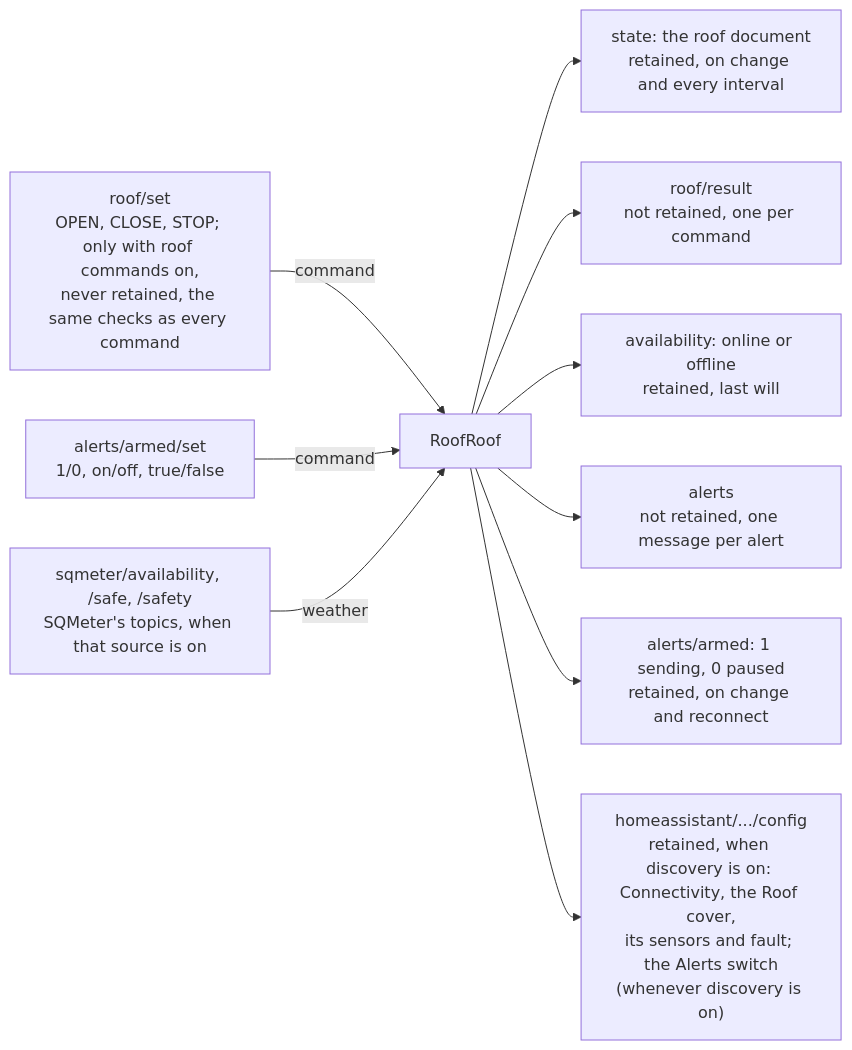
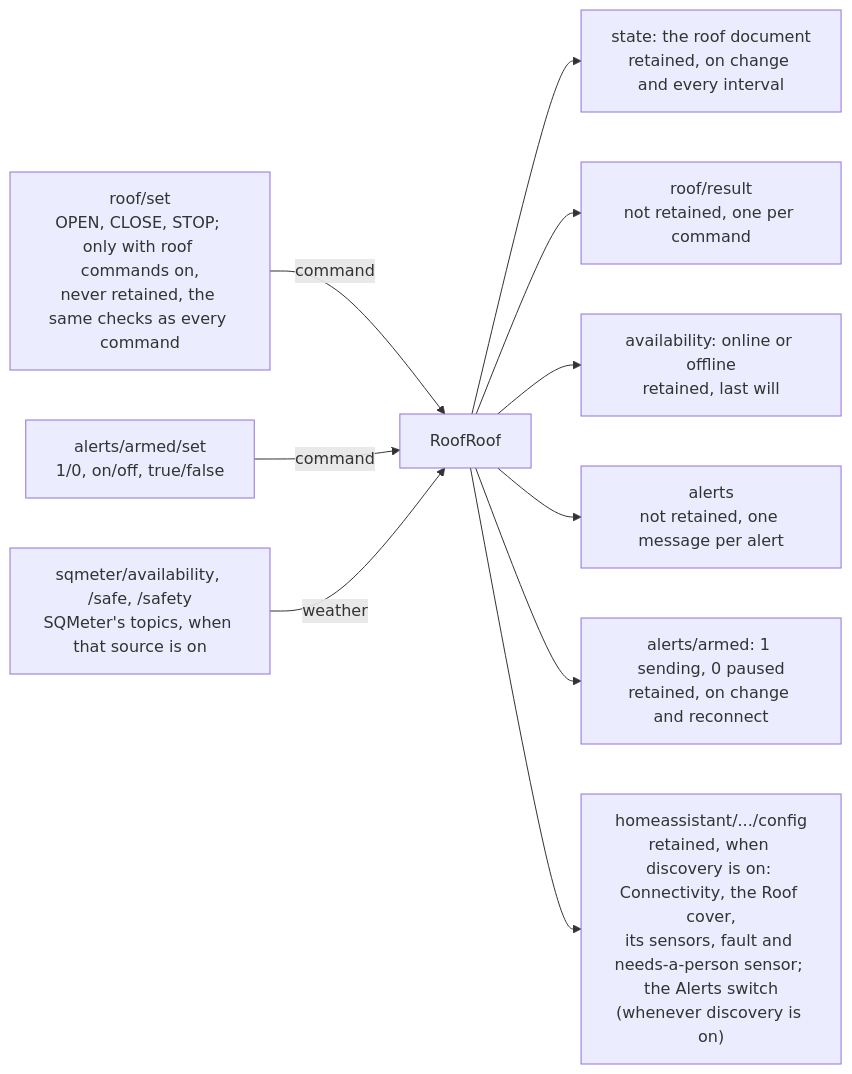
Before and after one commit to DeanJ87/RoofRoof: the diagram in docs/user-guide/mqtt.md, drawn with Mermaid. The commit also changed other lines of this file and 15 other files, not shown here.

Commit message:
030: docs: weather hold, closes without a known position, needs_person, alerts through outages, reasons as words; diagrams re-confirmed

````diff
--- a/docs/user-guide/mqtt.md
+++ b/docs/user-guide/mqtt.md
@@ -148,14 +150,14 @@
 ```mermaid
 flowchart LR
     accTitle: MQTT topic map
     accDescr: RoofRoof listens on roof/set (only with roof commands on, never retained, through the same checks as every command), alerts/armed/set and, when SQMeter over MQTT is a weather source, SQMeter's availability, safe and safety topics; it publishes state, roof/result, availability, alerts and alerts/armed under its base topic, plus Home Assistant discovery under the discovery prefix.
     ROOFSET["roof/set<br/>OPEN, CLOSE, STOP; only with roof commands on,<br/>never retained, the same checks as every command"] -->|command| D["RoofRoof"]
     SET["alerts/armed/set<br/>1/0, on/off, true/false"] -->|command| D
     SQM["sqmeter/availability, /safe, /safety<br/>SQMeter's topics, when that source is on"] -->|weather| D
     D --> STATE["state: the roof document<br/>retained, on change and every interval"]
     D --> RESULT["roof/result<br/>not retained, one per command"]
     D --> AVAIL["availability: online or offline<br/>retained, last will"]
     D --> ALERTS["alerts<br/>not retained, one message per alert"]
     D --> ARMED["alerts/armed: 1 sending, 0 paused<br/>retained, on change and reconnect"]
-    D --> DISC["homeassistant/.../config<br/>retained, when discovery is on: Connectivity, the Roof cover,<br/>its sensors and fault; the Alerts switch<br/>(whenever discovery is on)"]
+    D --> DISC["homeassistant/.../config<br/>retained, when discovery is on: Connectivity, the Roof cover,<br/>its sensors, fault and needs-a-person sensor; the Alerts switch<br/>(whenever discovery is on)"]
 ```
````
